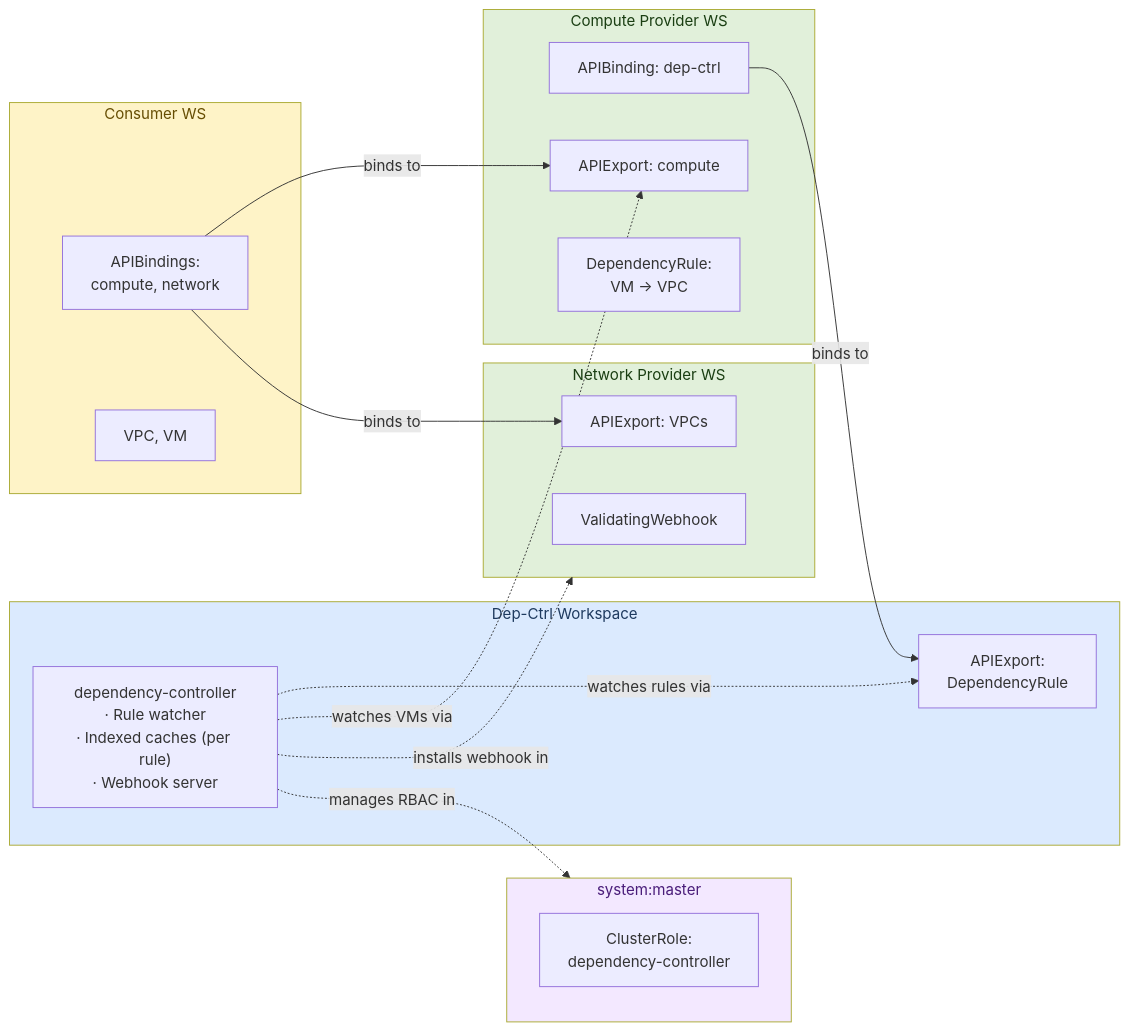
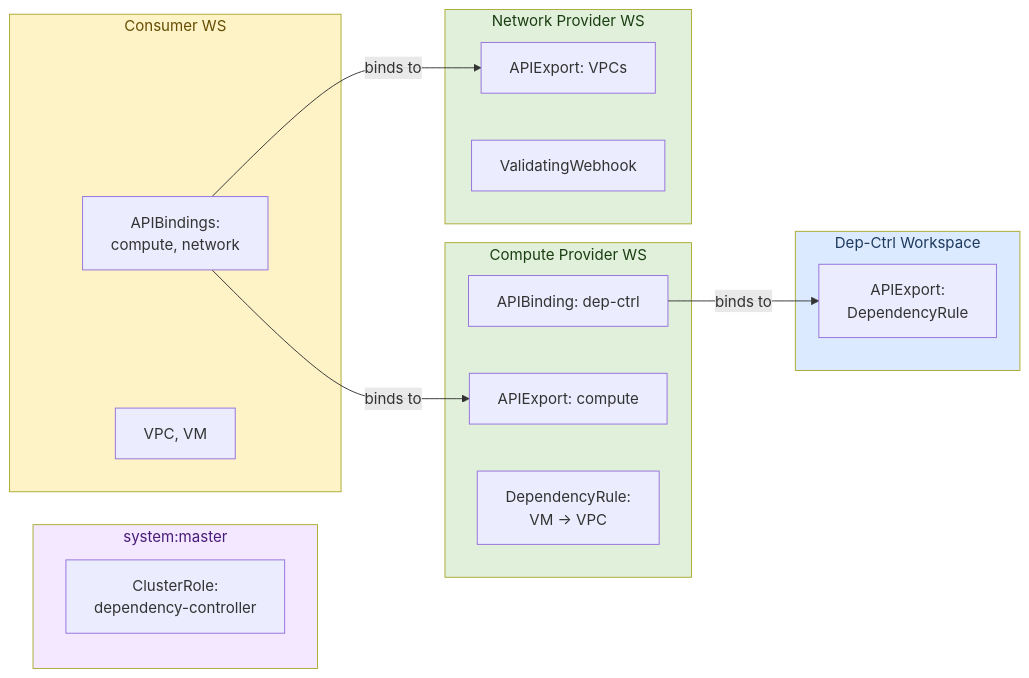
One commit to opendefensecloud/dependency-controller changed the first of 2 diagrams in docs/architecture.md. Above: the diagram before and after it, drawn with Mermaid. The commit also changed other lines of this file, not shown here.

Commit message:
improve architecture doc

````diff
--- a/docs/architecture.md
+++ b/docs/architecture.md
@@ -27,41 +25,36 @@
 ```mermaid
 graph LR
     subgraph DC["Dep-Ctrl Workspace"]
         DCExport["APIExport:<br/>DependencyRule"]
-        Controller["dependency-controller<br/>· Rule watcher<br/>· Indexed caches (per rule)<br/>· Webhook server"]
     end
 
     subgraph CP["Compute Provider WS"]
         CPBinding["APIBinding: dep-ctrl"]
         CPExport["APIExport: compute"]
         CPRule["DependencyRule:<br/>VM → VPC"]
     end
 
     subgraph NP["Network Provider WS"]
         NPExport["APIExport: VPCs"]
         NPWebhook["ValidatingWebhook"]
     end
 
     subgraph SM["system:master"]
         SMROLE["ClusterRole:<br/>dependency-controller"]
     end
 
     subgraph CW["Consumer WS"]
         CWBindings["APIBindings:<br/>compute, network"]
         CWResources["VPC, VM"]
     end
 
     CPBinding -->|binds to| DCExport
-    Controller -.->|watches rules via| DCExport
-    Controller -.->|watches VMs via| CPExport
-    Controller -.->|installs webhook in| NP
-    Controller -.->|manages RBAC in| SM
     CWBindings -->|binds to| CPExport
     CWBindings -->|binds to| NPExport
 
     style DC fill:#dbeafe,color:#1e3a5f
     style CP fill:#e1f0da,color:#1a3e12
     style NP fill:#e1f0da,color:#1a3e12
     style SM fill:#f3e8ff,color:#4a1d7a
     style CW fill:#fef3c7,color:#664d03
 ```
````
